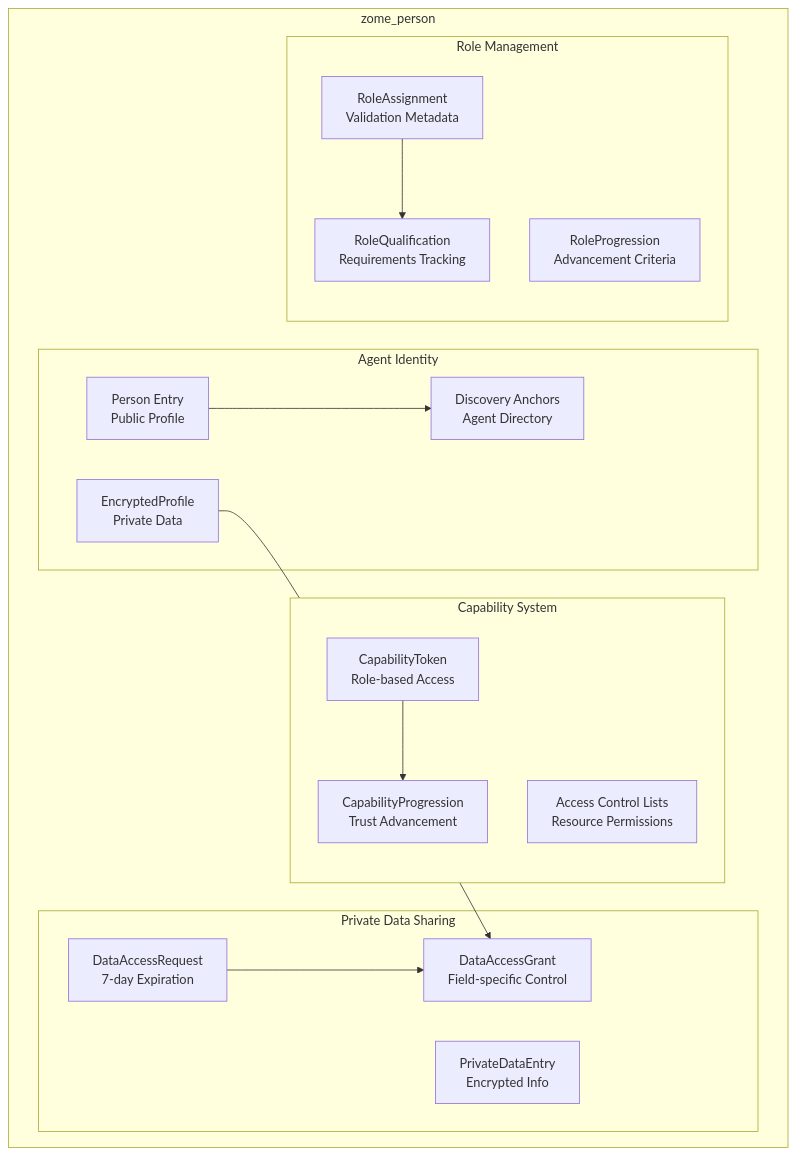
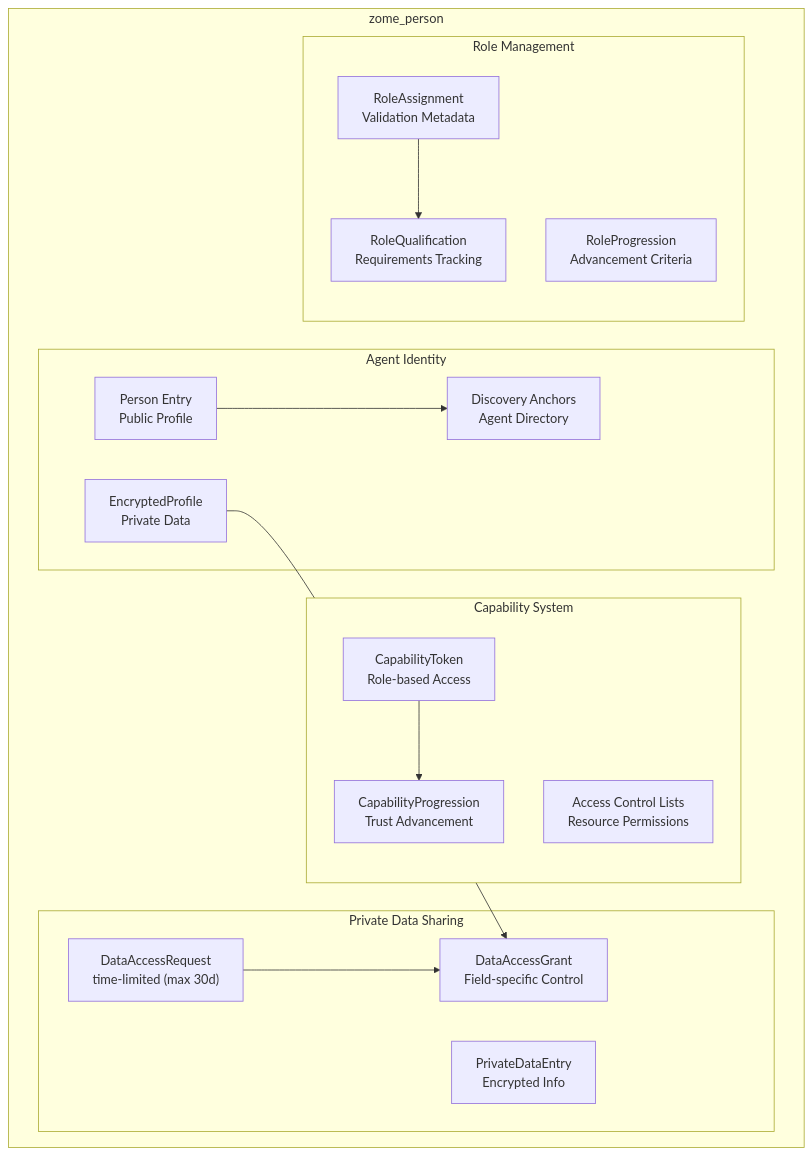
Before and after one commit to Sensorica/nondominium: the third of 13 diagrams in documentation/ARCHITECTURE_COMPONENTS.md, drawn with Mermaid. The commit also changed other lines of this file and 21 other files, not shown here.

First line of the commit message:
NDO prima materia requirements, Flowsta/Unyt stubs, and doc/zome updates

````diff
--- a/documentation/ARCHITECTURE_COMPONENTS.md
+++ b/documentation/ARCHITECTURE_COMPONENTS.md
@@ -108,34 +108,34 @@
 ```mermaid
 graph TB
     subgraph "zome_person"
         subgraph "Agent Identity"
             Person[Person Entry<br/>Public Profile]
             EncProfile[EncryptedProfile<br/>Private Data]
             Discovery[Discovery Anchors<br/>Agent Directory]
         end
 
         subgraph "Capability System"
             CapToken["CapabilityToken<br/>Role-based Access"]
             CapProgress["CapabilityProgression<br/>Trust Advancement"]
             ACL["Access Control Lists<br/>Resource Permissions"]
         end
 
         subgraph "Private Data Sharing"
-            DataReq["DataAccessRequest<br/>7-day Expiration"]
+            DataReq["DataAccessRequest<br/>time-limited (max 30d)"]
             DataGrant["DataAccessGrant<br/>Field-specific Control"]
             PrivateData["PrivateDataEntry<br/>Encrypted Info"]
         end
 
         subgraph "Role Management"
             RoleAssign["RoleAssignment<br/>Validation Metadata"]
             RoleQual["RoleQualification<br/>Requirements Tracking"]
             RoleProgress["RoleProgression<br/>Advancement Criteria"]
         end
     end
 
     Person --> Discovery
     EncProfile --> DataGrant
     CapToken --> CapProgress
     DataReq --> DataGrant
     RoleAssign --> RoleQual
 ```
````
